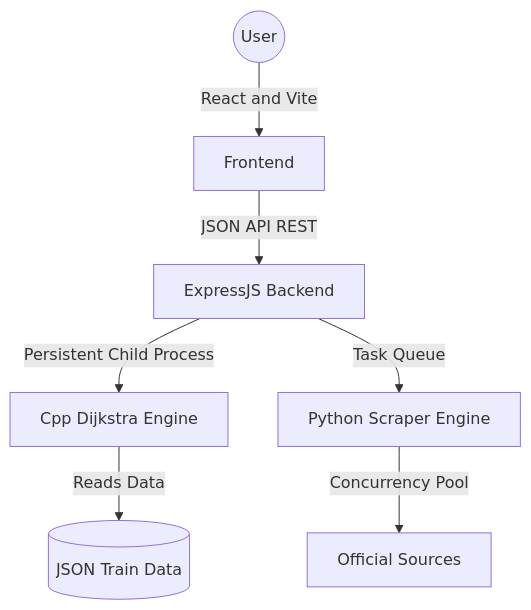
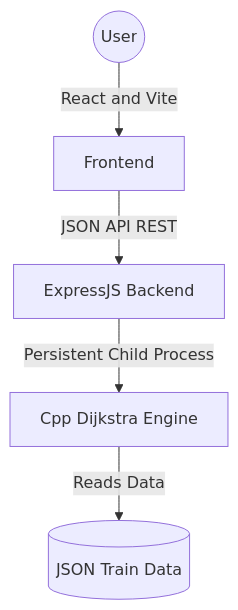
One commit to Pratham-The-Warrior/RailYatra changed the diagram in README.md. Above: the diagram before and after it, drawn with Mermaid. The commit also changed other lines of this file and 2 other files, not shown here.

````diff
--- a/README.md
+++ b/README.md
@@ -54,9 +52,7 @@
 ```mermaid
 flowchart TD
     User((User)) -->|React and Vite| FE[Frontend]
     FE -->|JSON API REST| BE[ExpressJS Backend]
     BE -->|Persistent Child Process| CE[Cpp Dijkstra Engine]
-    BE -->|Task Queue| PY[Python Scraper Engine]
     CE -->|Reads Data| DATA[(JSON Train Data)]
-    PY -->|Concurrency Pool| OS[Official Sources]
 ```
````
